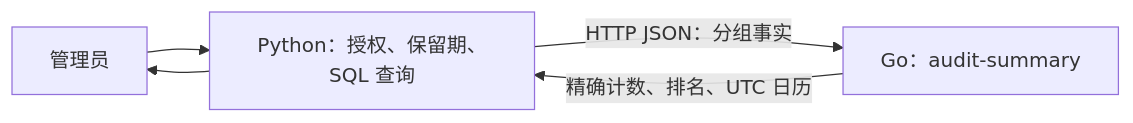
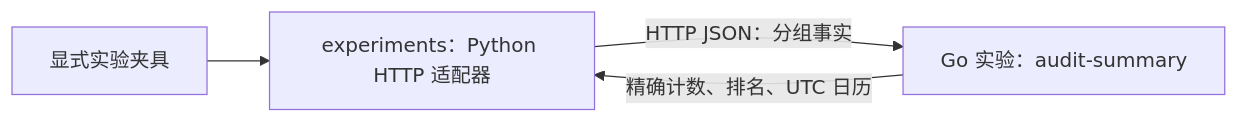
The diagram in docs/adr/0090-module-languages-and-audit-summary-process.md (YOAO-Labs/ai-annotation-platform), drawn with Mermaid before and after one commit. The commit also changed other lines of this file and 25 other files, not shown here.

````diff
--- a/docs/adr/0090-module-languages-and-audit-summary-process.md
+++ b/docs/adr/0090-module-languages-and-audit-summary-process.md
@@ -34,7 +36,6 @@
 ```mermaid
 flowchart LR
-    User[管理员] --> API[Python：授权、保留期、SQL 查询]
-    API -->|HTTP JSON：分组事实| Go[Go：audit-summary]
-    Go -->|精确计数、排名、UTC 日历| API
-    API --> User
+    Fixture[显式实验夹具] --> Adapter[experiments：Python HTTP 适配器]
+    Adapter -->|HTTP JSON：分组事实| Go[Go 实验：audit-summary]
+    Go -->|精确计数、排名、UTC 日历| Adapter
 ```
````
